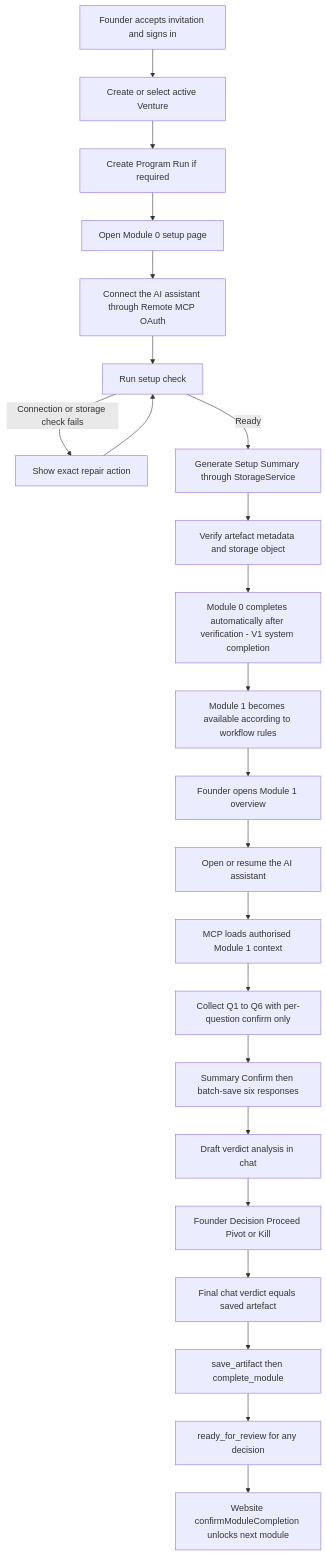
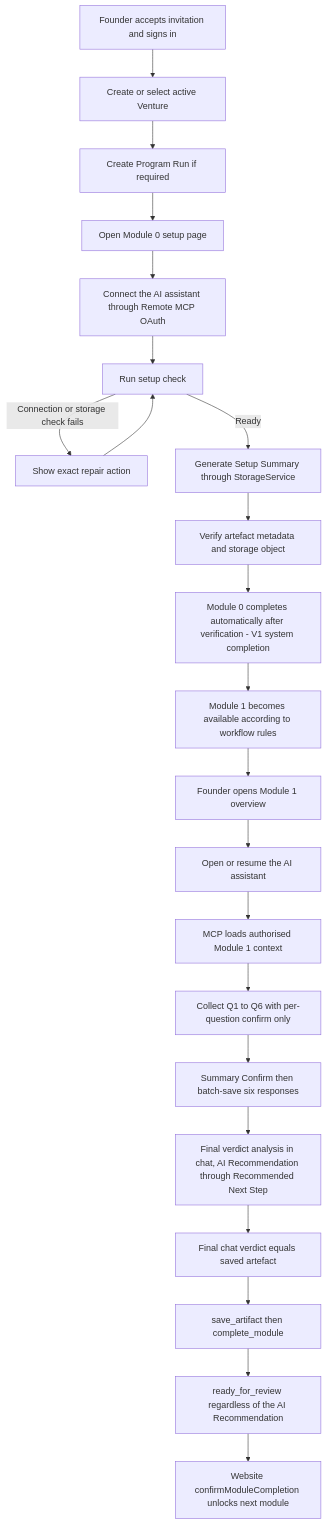
The first of 3 diagrams in docs/product/module-0-and-module-1-workflow.md (kasuganoharuga/ai-catalyst-workspace), drawn with Mermaid before and after one commit. The commit also changed other lines of this file and 19 other files, not shown here.

First line of the commit message:
feat(module1): drop Founder Proceed/Pivot/Kill decision step (#161)

````diff
--- a/docs/product/module-0-and-module-1-workflow.md
+++ b/docs/product/module-0-and-module-1-workflow.md
@@ -140,25 +148,24 @@
 ```mermaid
 flowchart TD
     A[Founder accepts invitation and signs in] --> B[Create or select active Venture]
     B --> C[Create Program Run if required]
     C --> D[Open Module 0 setup page]
     D --> E[Connect the AI assistant through Remote MCP OAuth]
     E --> F[Run setup check]
     F -->|Connection or storage check fails| G[Show exact repair action]
     G --> F
     F -->|Ready| H[Generate Setup Summary through StorageService]
     H --> I[Verify artefact metadata and storage object]
     I --> J[Module 0 completes automatically after verification - V1 system completion]
     J --> K[Module 1 becomes available according to workflow rules]
     K --> L[Founder opens Module 1 overview]
     L --> M[Open or resume the AI assistant]
     M --> N[MCP loads authorised Module 1 context]
     N --> O[Collect Q1 to Q6 with per-question confirm only]
     O --> P[Summary Confirm then batch-save six responses]
-    P --> Q[Draft verdict analysis in chat]
-    Q --> R[Founder Decision Proceed Pivot or Kill]
-    R --> S[Final chat verdict equals saved artefact]
+    P --> Q[Final verdict analysis in chat, AI Recommendation through Recommended Next Step]
+    Q --> S[Final chat verdict equals saved artefact]
     S --> T[save_artifact then complete_module]
-    T --> U[ready_for_review for any decision]
+    T --> U[ready_for_review regardless of the AI Recommendation]
     U --> V[Website confirmModuleCompletion unlocks next module]
 ```
````
